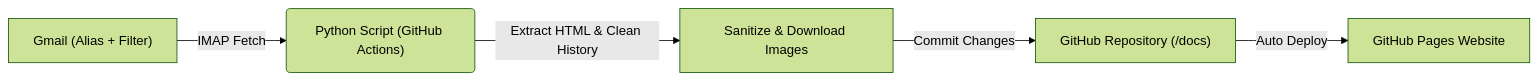
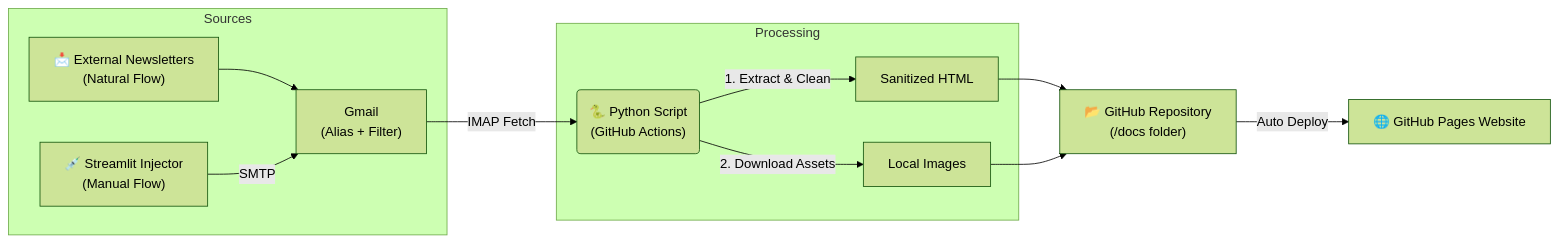
The diagram in README.md (Brutorrr/archive-news), drawn with Mermaid (forest theme) before and after one commit. The commit also changed other lines of this file, not shown here.

````diff
--- a/README.md
+++ b/README.md
@@ -38,7 +59,18 @@
 ```mermaid
-graph LR
-    A["Gmail (Alias + Filter)"] -- "IMAP Fetch" --> B("Python Script (GitHub Actions)")
-    B -- "Extract HTML & Clean History" --> C["Sanitize & Download Images"]
-    C -- "Commit Changes" --> D["GitHub Repository (/docs)"]
-    D -- "Auto Deploy" --> E["GitHub Pages Website"]
+graph LR;
+    subgraph Sources
+        Nat["📩 External Newsletters<br>(Natural Flow)"] --> Gmail;
+        Inj["💉 Streamlit Injector<br>(Manual Flow)"] -- "SMTP" --> Gmail;
+    end
+
+    Gmail["Gmail<br>(Alias + Filter)"] -- "IMAP Fetch" --> Script("🐍 Python Script<br>(GitHub Actions)");
+    
+    subgraph Processing
+        Script -- "1. Extract & Clean" --> HTML["Sanitized HTML"];
+        Script -- "2. Download Assets" --> Img["Local Images"];
+    end
+    
+    HTML & Img --> Repo["📂 GitHub Repository<br>(/docs folder)"];
+    Repo -- "Auto Deploy" --> Page["🌐 GitHub Pages Website"];
+
 ```
````
